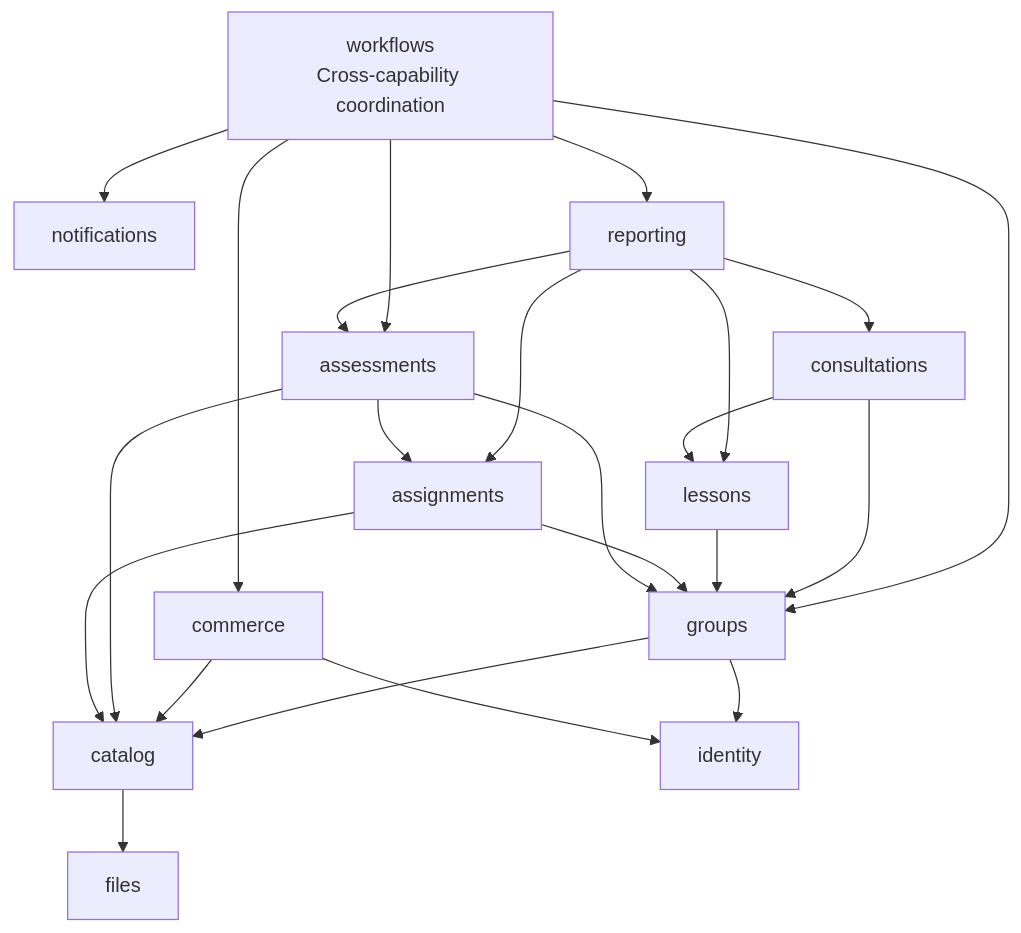
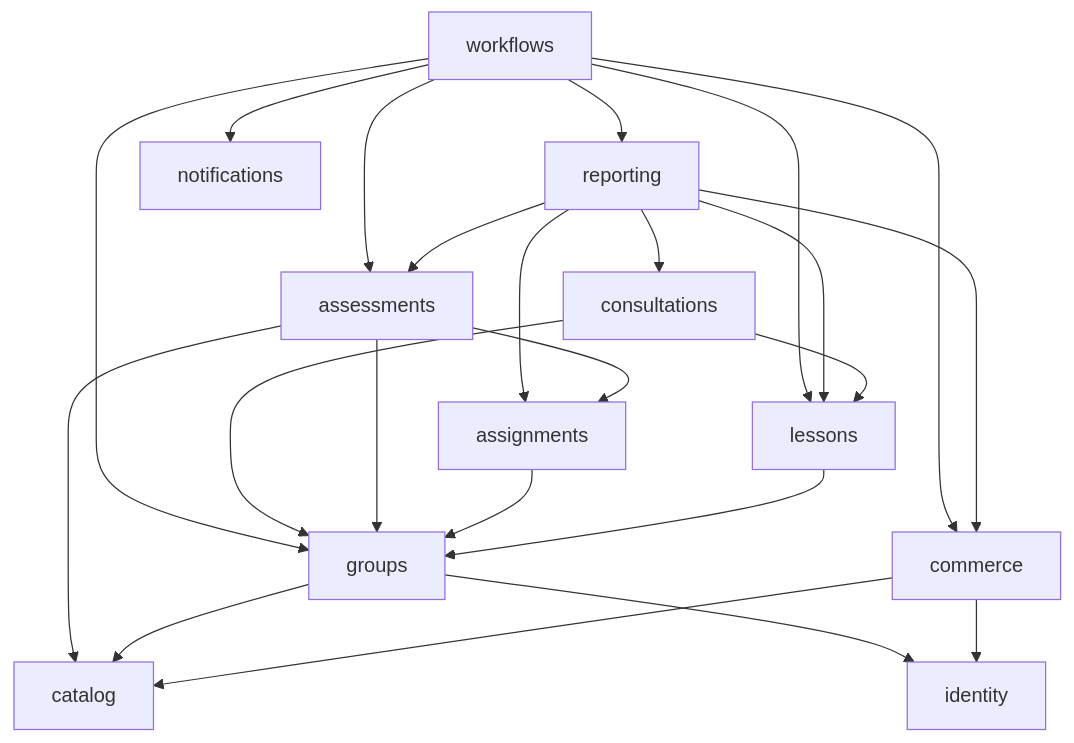
Before and after one commit to mwanielista/umiemto: the diagram in docs/architecture/components.md, drawn with Mermaid. The commit also changed other lines of this file and 16 other files, not shown here.

````diff
--- a/docs/architecture/components.md
+++ b/docs/architecture/components.md
@@ -27,25 +27,25 @@
 ```mermaid
 flowchart TD
-    workflows["workflows\nCross-capability coordination"] --> commerce
+    workflows --> commerce
     workflows --> groups
+    workflows --> lessons
     workflows --> assessments
+    workflows --> reporting
     workflows --> notifications
-    workflows --> reporting
+    reporting --> commerce
     reporting --> assessments
+    reporting --> lessons
     reporting --> assignments
-    reporting --> lessons
     reporting --> consultations
+    consultations --> groups
     consultations --> lessons
-    consultations --> groups
+    assessments --> groups
+    assessments --> assignments
+    assessments --> catalog
+    assignments --> groups
     lessons --> groups
-    assignments --> groups
-    assessments --> assignments
-    assessments --> groups
     groups --> catalog
     commerce --> catalog
-    assessments --> catalog
-    assignments --> catalog
-    catalog --> files
     groups --> identity
     commerce --> identity
 ```
````
